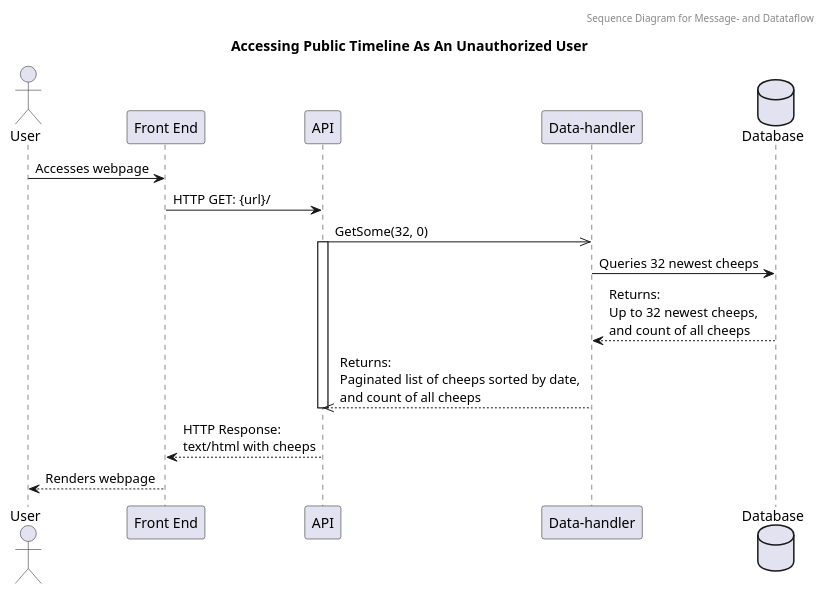
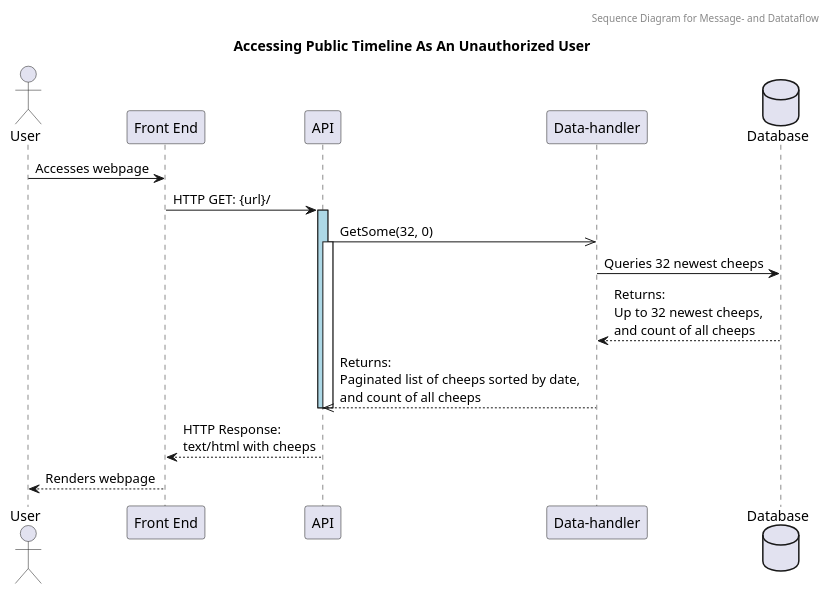
One commit to ITU-BDSA23-GROUP10/Chirp changed the diagram in docs/report_diagrams/UML_sequence_diagrams/msg_data_flow_seq_diagrams/publictimeline_unauthorised_UML_seq.puml. Above: the diagram before and after it, drawn with PlantUML. The commit also changed 1 other file, not shown here.

```diff
--- a/docs/report_diagrams/UML_sequence_diagrams/msg_data_flow_seq_diagrams/publictimeline_unauthorised_UML_seq.puml
+++ b/docs/report_diagrams/UML_sequence_diagrams/msg_data_flow_seq_diagrams/publictimeline_unauthorised_UML_seq.puml
@@ -1,22 +1,24 @@
 @startuml
 
 header Sequence Diagram for Message- and Datataflow
 Title Accessing Public Timeline As An Unauthorized User
 
 actor "User" as Us
 participant "Front End" as Fe
 participant "API" as Api
 participant "Data-handler" as Dh
 database "Database" as Db 
 
 Us -> Fe: Accesses webpage
 Fe -> Api: HTTP GET: {url}/
-Api ->> Dh: GetSome(32, 0)
-Activate Api 
-Dh -> Db: Queries 32 newest cheeps
-Db --> Dh: Returns:\nUp to 32 newest cheeps,\nand count of all cheeps
-Dh -->> Api: Returns:\nPaginated list of cheeps sorted by date,\nand count of all cheeps
+Activate Api #LightBlue
+    Api ->> Dh: GetSome(32, 0)
+    Activate Api 
+        Dh -> Db: Queries 32 newest cheeps
+        Db --> Dh: Returns:\nUp to 32 newest cheeps,\nand count of all cheeps
+        Dh -->> Api: Returns:\nPaginated list of cheeps sorted by date,\nand count of all cheeps
+    Deactivate Api
 Deactivate Api
 Api --> Fe: HTTP Response:\ntext/html with cheeps
 Fe --> Us: Renders webpage
 @enduml
```
